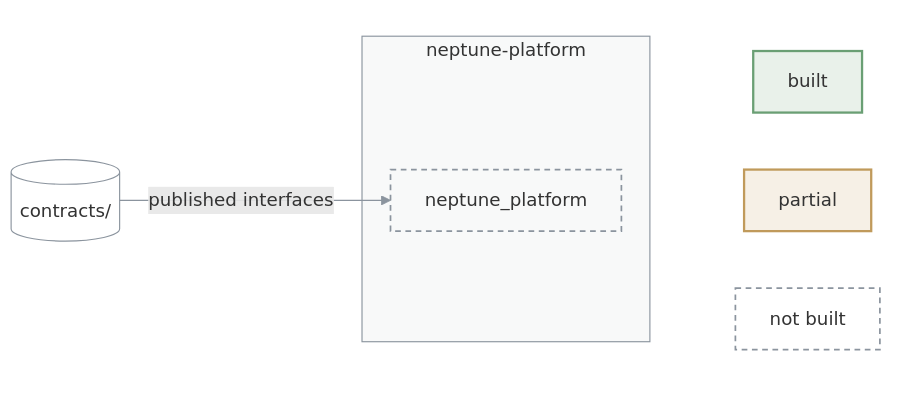
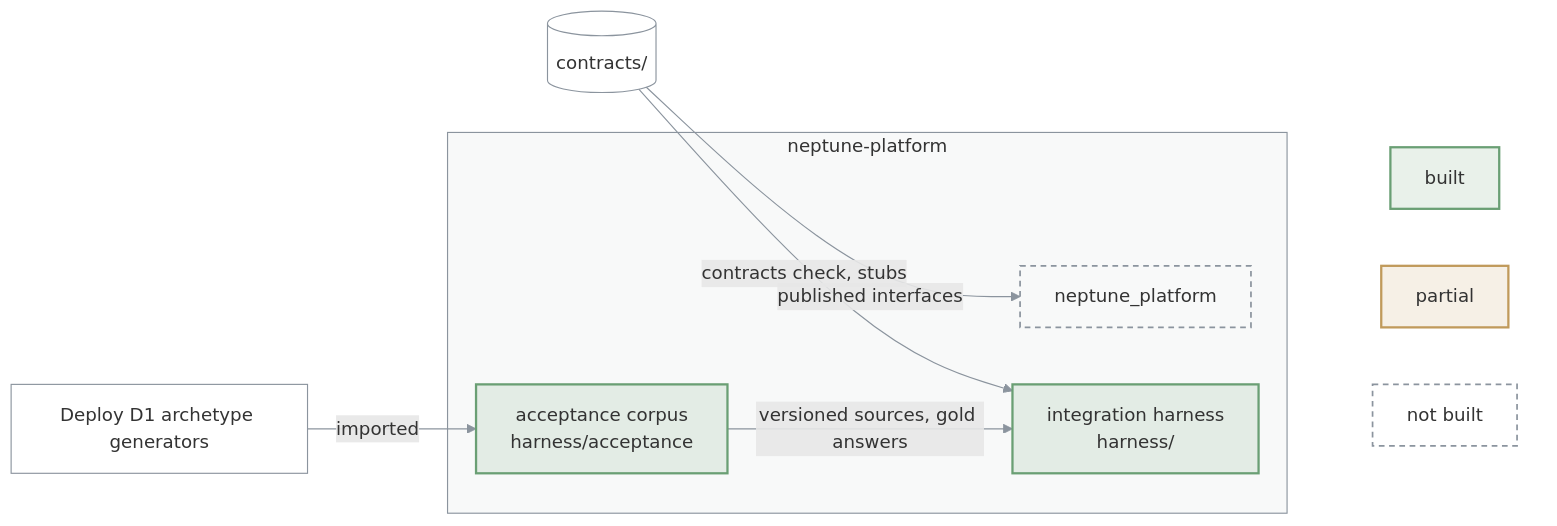
Before and after one commit to bennytay/neptune: the diagram in packages/neptune-platform/ARCHITECTURE.md, drawn with Mermaid. The commit also changed 17 other files, not shown here.

First line of the commit message:
feat(harness): acceptance corpus as the harness default, gold resolution per run, ADR 0006

````diff
--- a/packages/neptune-platform/ARCHITECTURE.md
+++ b/packages/neptune-platform/ARCHITECTURE.md
@@ -3,27 +3,33 @@
 ```mermaid
 flowchart LR
   subgraph P["neptune-platform"]
     CORE["neptune_platform"]
+    CORPUS["acceptance corpus<br/>harness/acceptance"]
+    HARNESS["integration harness<br/>harness/"]
   end
   CON[("contracts/")]
+  D1["Deploy D1 archetype generators"]
   CON -->|published interfaces| CORE
+  CON -->|contracts check, stubs| HARNESS
+  D1 -->|imported| CORPUS
+  CORPUS -->|versioned sources, gold answers| HARNESS
 
   subgraph KEY[" "]
     K1["built"]
     K2["partial"]
     K3["not built"]
   end
   CORE ~~~ K1 & K2 & K3
 
   classDef built fill:#6a9f7426,stroke:#6a9f74,stroke-width:2px
   classDef partial fill:#c09a5b26,stroke:#c09a5b,stroke-width:2px
   classDef todo fill:none,stroke:#8b949e,stroke-width:1.5px,stroke-dasharray:5 4
   classDef ext fill:none,stroke:#8b949e,stroke-width:1px
-  class K1 built
+  class K1,CORPUS,HARNESS built
   class K2 partial
   class CORE,K3 todo
-  class CON ext
+  class CON,D1 ext
   style P fill:#8b949e0f,stroke:#8b949e
   style KEY fill:none,stroke:none
   linkStyle default stroke:#8b949e
 ```
````
